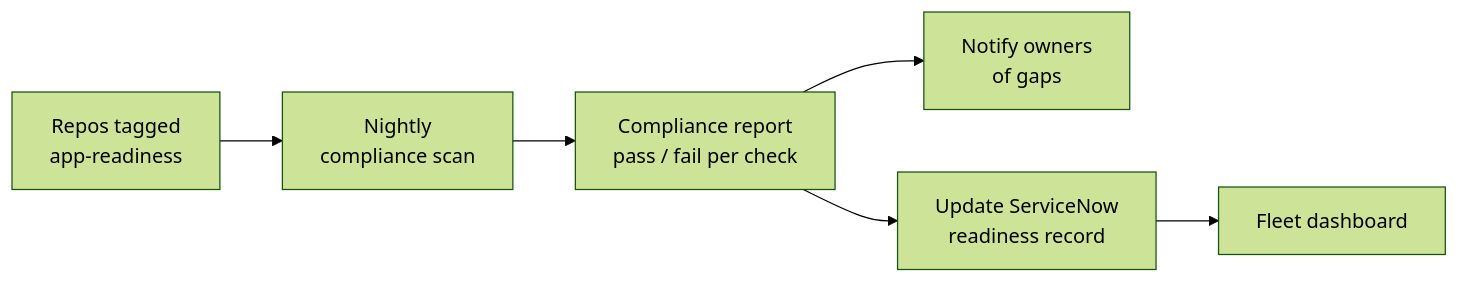
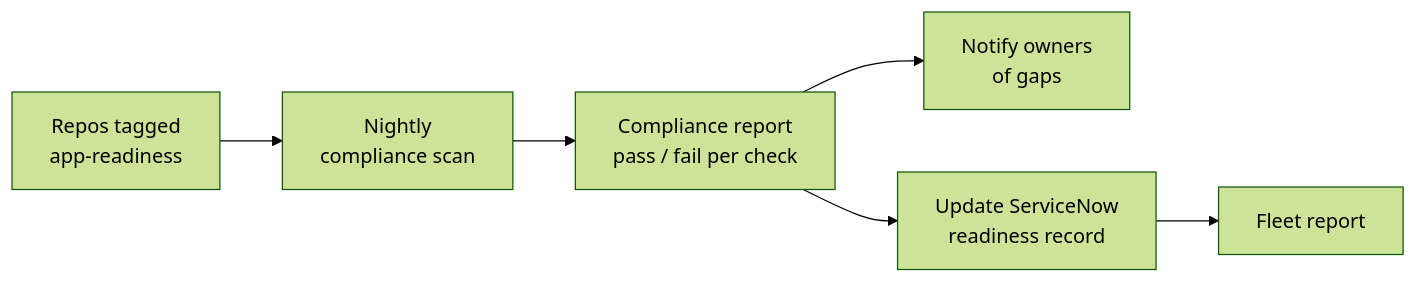
One commit to bcgov/app-readiness-framework changed the diagram in docs/reference/compliance-enforcement.md. Above: the diagram before and after it, drawn with Mermaid (forest theme). The commit also changed other lines of this file and 5 other files, not shown here.

````diff
--- a/docs/reference/compliance-enforcement.md
+++ b/docs/reference/compliance-enforcement.md
@@ -68,8 +68,8 @@
 ```mermaid
 graph LR
     R[Repos tagged<br/>app-readiness] --> S[Nightly<br/>compliance scan]
     S --> RP[Compliance report<br/>pass / fail per check]
     RP --> N[Notify owners<br/>of gaps]
     RP --> SN[Update ServiceNow<br/>readiness record]
-    SN --> D[Fleet dashboard]
+    SN --> D[Fleet report]
 ```
````
